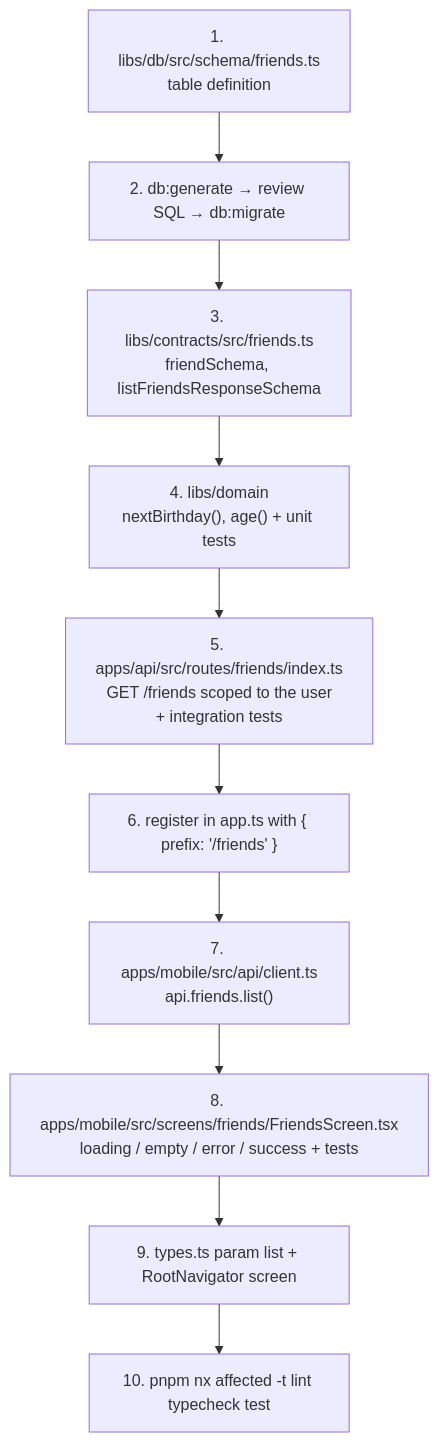
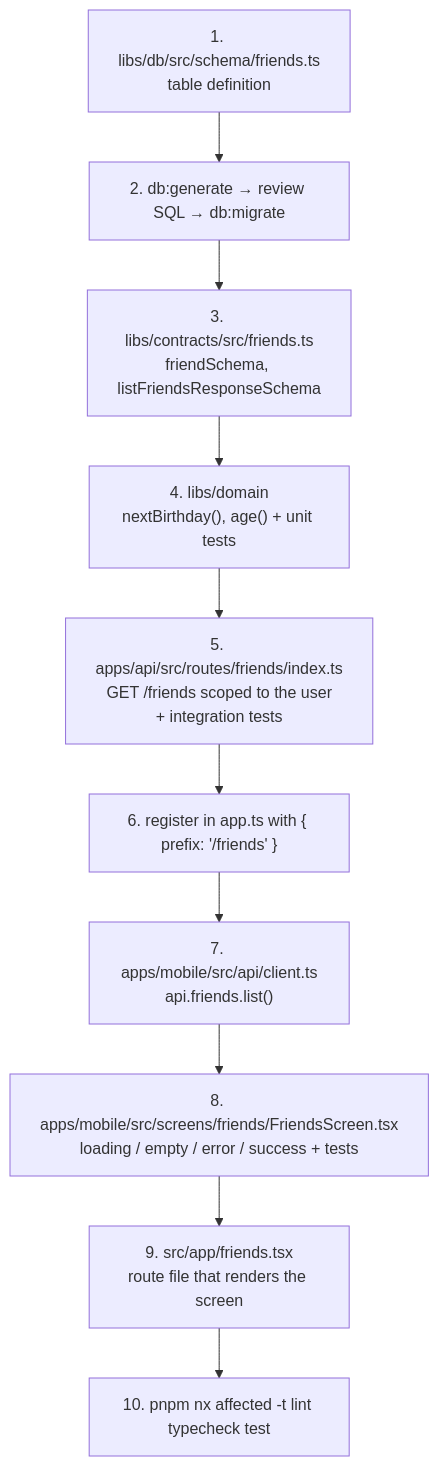
The tenth of 10 diagrams in docs/onboarding.md (IgorKazakovDev/GreetDay), drawn with Mermaid before and after one commit. The commit also changed other lines of this file and 11 other files, not shown here.

````diff
--- a/docs/onboarding.md
+++ b/docs/onboarding.md
@@ -550,12 +560,12 @@
 ```mermaid
 flowchart TD
   S1["1. libs/db/src/schema/friends.ts<br/>table definition"] --> S2["2. db:generate → review SQL → db:migrate"]
   S2 --> S3["3. libs/contracts/src/friends.ts<br/>friendSchema, listFriendsResponseSchema"]
   S3 --> S4["4. libs/domain<br/>nextBirthday(), age() + unit tests"]
   S4 --> S5["5. apps/api/src/routes/friends/index.ts<br/>GET /friends scoped to the user<br/>+ integration tests"]
   S5 --> S6["6. register in app.ts with { prefix: '/friends' }"]
   S6 --> S7["7. apps/mobile/src/api/client.ts<br/>api.friends.list()"]
   S7 --> S8["8. apps/mobile/src/screens/friends/FriendsScreen.tsx<br/>loading / empty / error / success + tests"]
-  S8 --> S9["9. types.ts param list + RootNavigator screen"]
+  S8 --> S9["9. src/app/friends.tsx<br/>route file that renders the screen"]
   S9 --> S10["10. pnpm nx affected -t lint typecheck test"]
 ```
````
